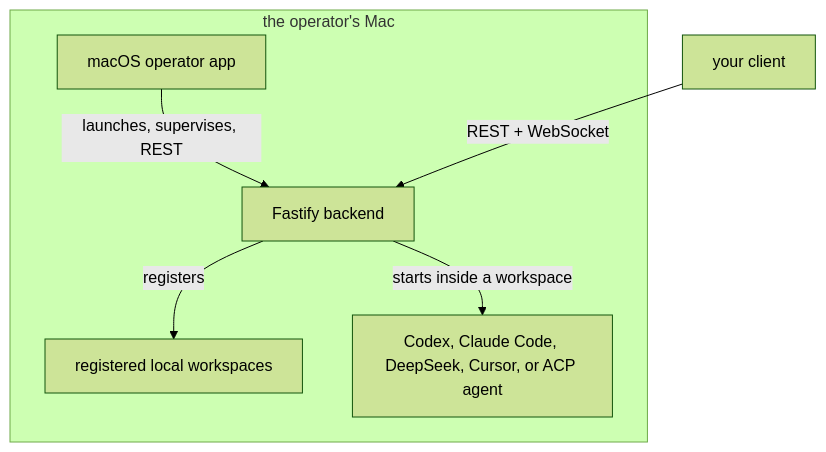
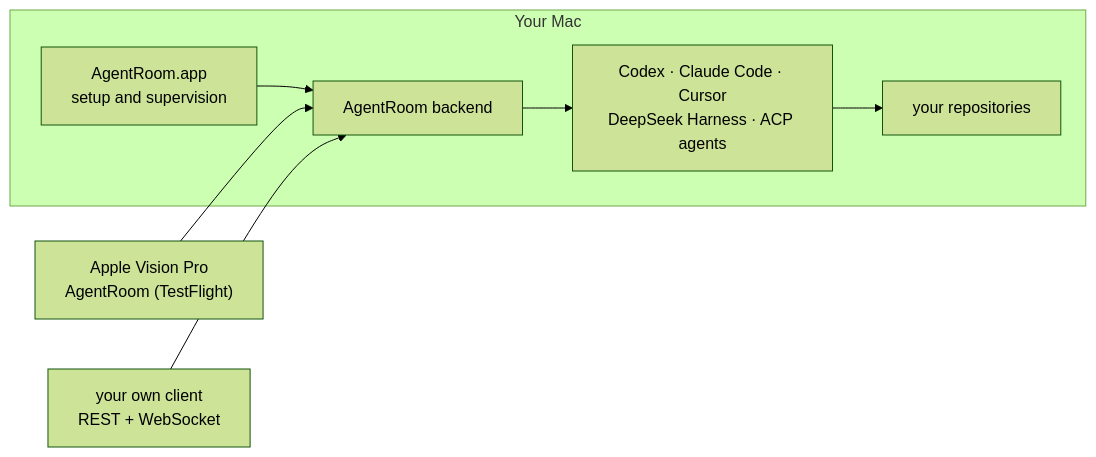
One commit to ethics-of-ai/agent-room-server changed the diagram in README.md. Above: the diagram before and after it, drawn with Mermaid (forest theme). The commit also changed other lines of this file, not shown here.

First line of the commit message:
Sync agent-room@95d09af40290

````diff
--- a/README.md
+++ b/README.md
@@ -20,17 +40,18 @@
 ```mermaid
-flowchart TB
-    client["your client"]
+flowchart LR
+    vp["Apple Vision Pro<br/>AgentRoom (TestFlight)"]
+    other["your own client<br/>REST + WebSocket"]
 
-    subgraph mac["the operator's Mac"]
-        operator["macOS operator app"]
-        backend["Fastify backend"]
-        workspaces["registered local workspaces"]
-        agents["Codex, Claude Code, DeepSeek, Cursor, or ACP agent"]
-
-        operator -->|launches, supervises, REST| backend
-        backend -->|registers| workspaces
-        backend -->|starts inside a workspace| agents
+    subgraph mac["Your Mac"]
+        app["AgentRoom.app<br/>setup and supervision"]
+        backend["AgentRoom backend"]
+        agents["Codex · Claude Code · Cursor<br/>DeepSeek Harness · ACP agents"]
+        repos["your repositories"]
+        app --> backend
+        backend --> agents
+        agents --> repos
     end
 
-    client -->|REST + WebSocket| backend
+    vp --> backend
+    other --> backend
 ```
````
